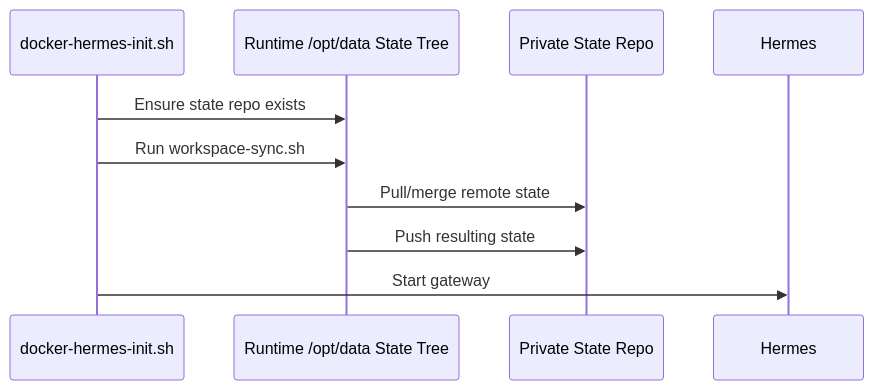
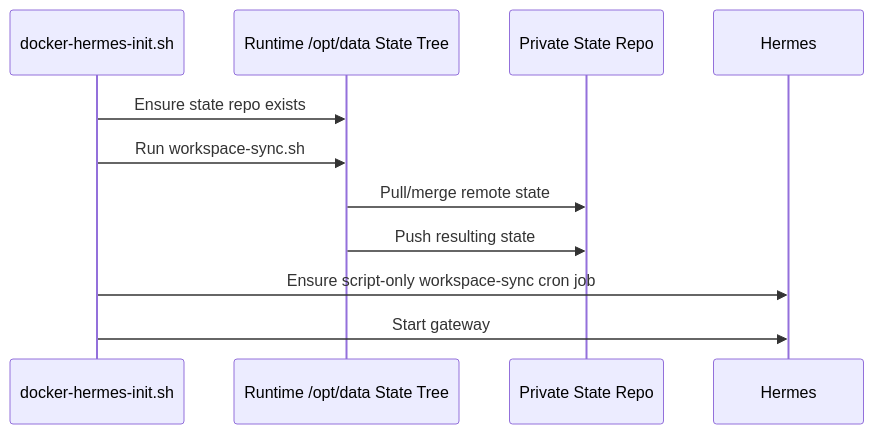
The fourth of 4 diagrams in README.md (Pedrohgv/josemar-assistente), drawn with Mermaid before and after one commit. The commit also changed other lines of this file and 5 other files, not shown here.

Commit message:
Use Hermes cron for workspace sync

````diff
--- a/README.md
+++ b/README.md
@@ -223,13 +223,14 @@
 ```mermaid
 sequenceDiagram
   participant Init as docker-hermes-init.sh
   participant StateTree as Runtime /opt/data State Tree
   participant Remote as Private State Repo
   participant Hermes as Hermes
 
   Init->>StateTree: Ensure state repo exists
   Init->>StateTree: Run workspace-sync.sh
   StateTree->>Remote: Pull/merge remote state
   StateTree->>Remote: Push resulting state
+  Init->>Hermes: Ensure script-only workspace-sync cron job
   Init->>Hermes: Start gateway
 ```
````
